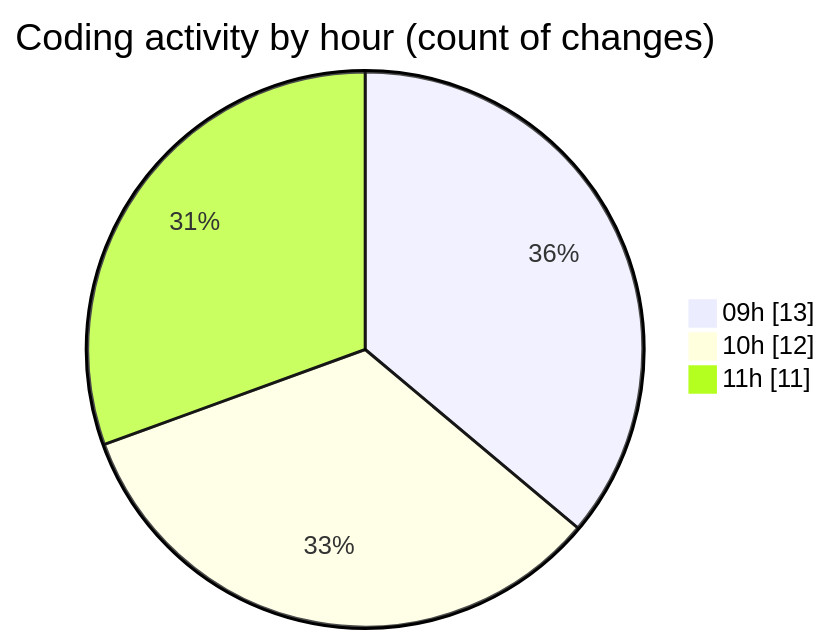
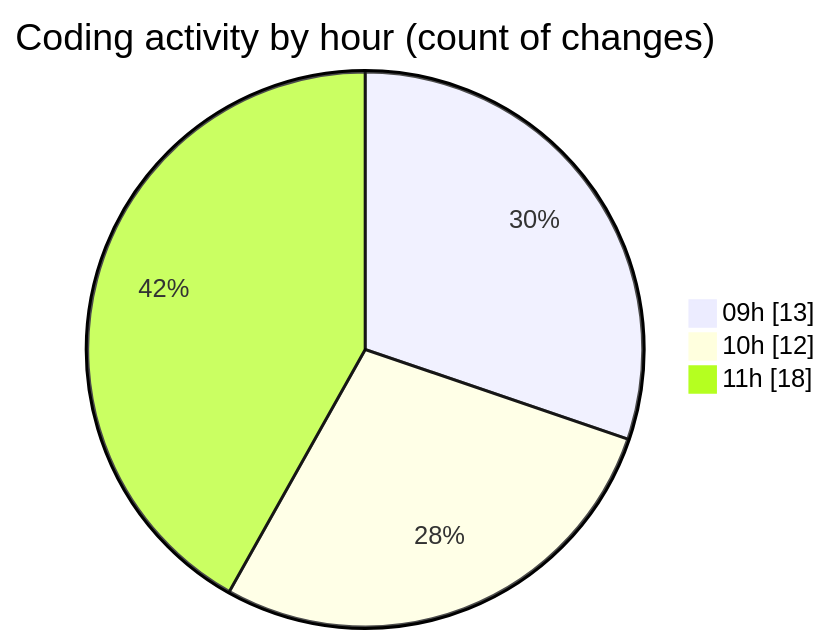
The second of 2 diagrams in 2025-09-22/cda/README.md (momahboobian/code-tracking), drawn with Mermaid before and after one commit. The commit also changed other lines of this file and 1 other file, not shown here.

````diff
--- a/2025-09-22/cda/README.md
+++ b/2025-09-22/cda/README.md
@@ -33,7 +35,7 @@
 ```mermaid
 pie showData
 title Coding activity by hour (count of changes)
 "09h" : 13
 "10h" : 12
-"11h" : 11
+"11h" : 18
 ```
````
